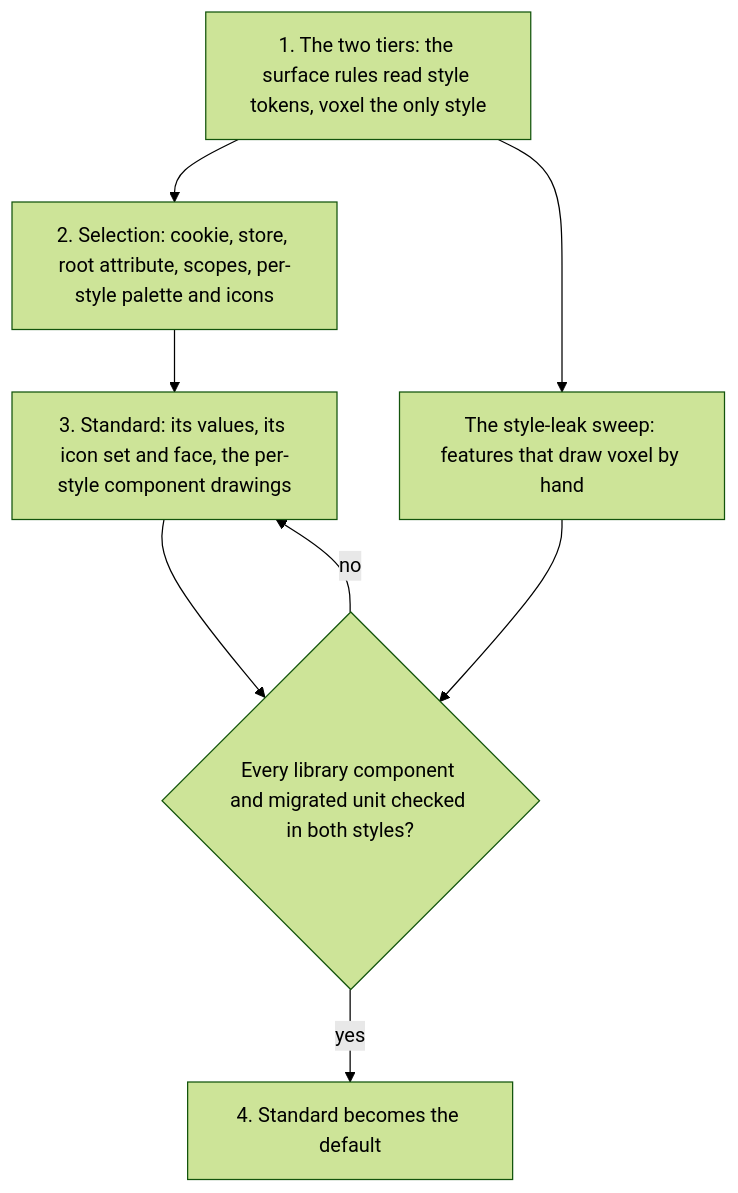
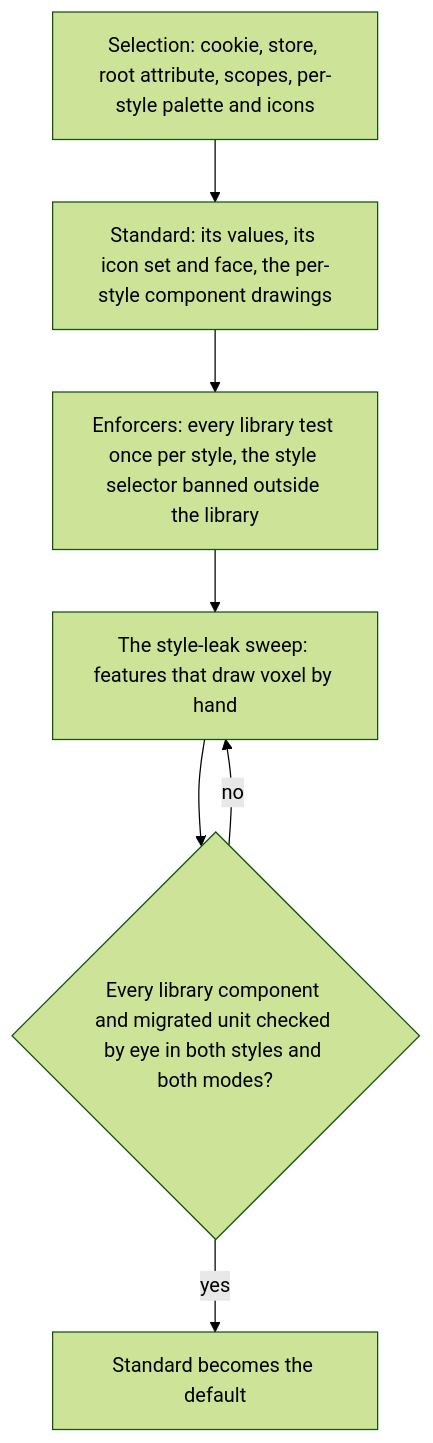
The second of 2 diagrams in apps/web/content/docs/proposals/refactors/ui-library/design-styles.md (Esposter/Esposter), drawn with Mermaid (forest theme) before and after one commit. The commit also changed other lines of this file and 55 other files, not shown here.

````diff
--- a/apps/web/content/docs/proposals/refactors/ui-library/design-styles.md
+++ b/apps/web/content/docs/proposals/refactors/ui-library/design-styles.md
@@ -88,10 +79,9 @@
 ```mermaid
 flowchart TD
-  A[1. The two tiers: the surface rules read style tokens, voxel the only style] --> B[2. Selection: cookie, store, root attribute, scopes, per-style palette and icons]
-  B --> C[3. Standard: its values, its icon set and face, the per-style component drawings]
-  C --> D{Every library component and migrated unit checked in both styles?}
-  D -->|no| C
-  D -->|yes| E[4. Standard becomes the default]
-  A --> L[The style-leak sweep: features that draw voxel by hand]
-  L --> D
+  B[Selection: cookie, store, root attribute, scopes, per-style palette and icons] --> C[Standard: its values, its icon set and face, the per-style component drawings]
+  C --> N[Enforcers: every library test once per style, the style selector banned outside the library]
+  N --> L[The style-leak sweep: features that draw voxel by hand]
+  L --> D{Every library component and migrated unit checked by eye in both styles and both modes?}
+  D -->|no| L
+  D -->|yes| E[Standard becomes the default]
 ```
````
